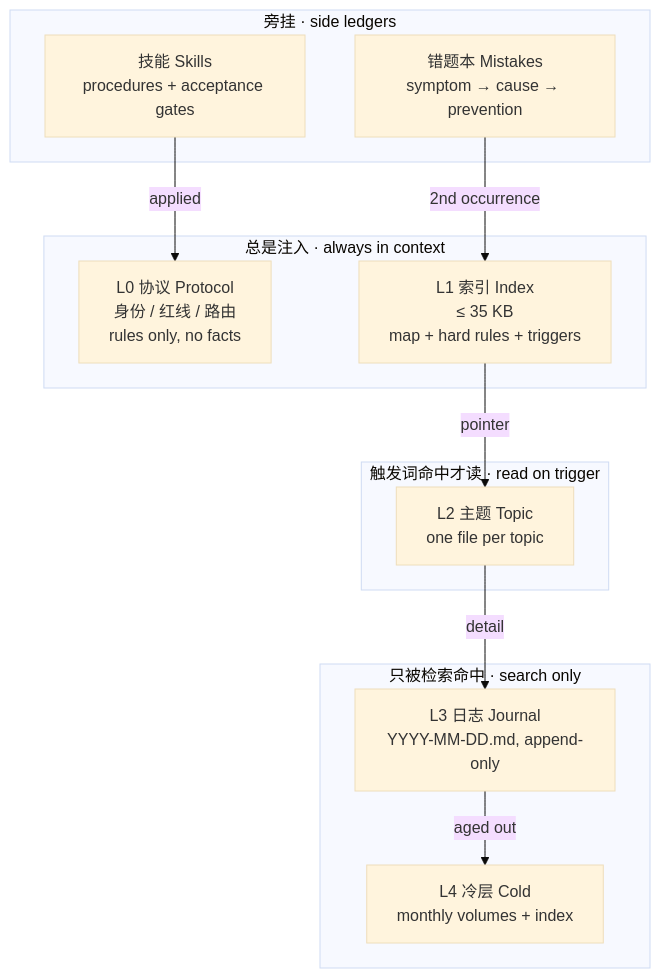
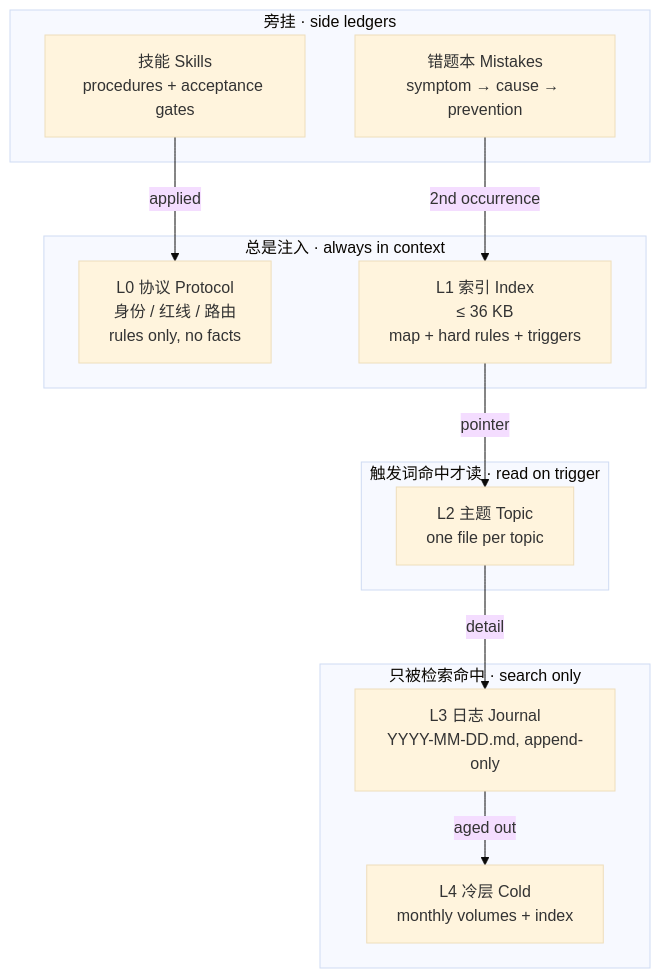
Before and after one commit to SquareXRay/longmem: the diagram in README.md, drawn with Mermaid (base theme). The commit also changed other lines of this file and 2 other files, not shown here.

Commit message:
docs: align budgets with 2026-10 decisions (topic 40KB, index 36KB); add archive-rebuild safety and cross-entry escalation

````diff
--- a/README.md
+++ b/README.md
@@ -50,23 +50,23 @@
 ```mermaid
 flowchart TB
     subgraph ALWAYS["总是注入 · always in context"]
         L0["L0 协议 Protocol<br/>身份 / 红线 / 路由<br/>rules only, no facts"]
-        L1["L1 索引 Index<br/>≤ 35 KB<br/>map + hard rules + triggers"]
+        L1["L1 索引 Index<br/>≤ 36 KB<br/>map + hard rules + triggers"]
     end
     subgraph TRIGGER["触发词命中才读 · read on trigger"]
         L2["L2 主题 Topic<br/>one file per topic"]
     end
     subgraph SEARCH["只被检索命中 · search only"]
         L3["L3 日志 Journal<br/>YYYY-MM-DD.md, append-only"]
         L4["L4 冷层 Cold<br/>monthly volumes + index"]
     end
     subgraph META["旁挂 · side ledgers"]
         M["错题本 Mistakes<br/>symptom → cause → prevention"]
         S["技能 Skills<br/>procedures + acceptance gates"]
     end
     L1 -->|pointer| L2
     L2 -->|detail| L3
     L3 -->|aged out| L4
     M -->|2nd occurrence| L1
     S -->|applied| L0
 ```
````
